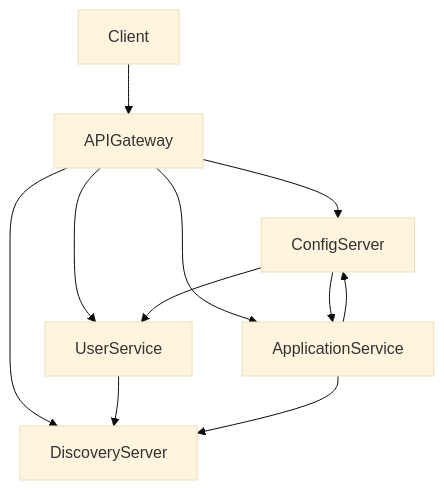
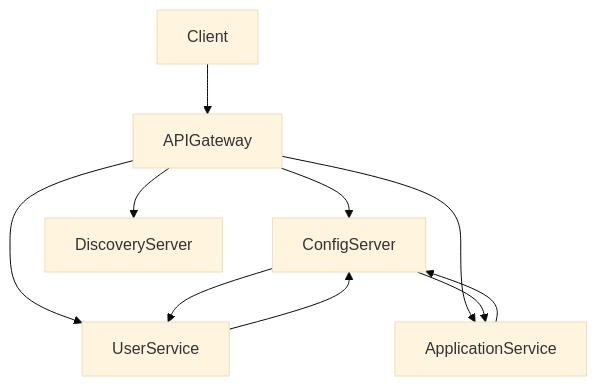
One commit to mohanad-abdalwahab/job-application-system changed the diagram in README.md. Above: the diagram before and after it, drawn with Mermaid (base theme).

````diff
--- a/README.md
+++ b/README.md
@@ -21,15 +21,14 @@
 ```mermaid
 graph TD;
     Client --> APIGateway
     APIGateway --> ConfigServer
     APIGateway --> UserService
     APIGateway --> ApplicationService
-    APIGateway --> DiscoveryServer
-    UserService --> DiscoveryServer
-    ApplicationService --> DiscoveryServer
+    APIGateway --> DiscoveryServer  
     ConfigServer --> UserService
+    UserService --> ConfigServer
     ConfigServer --> ApplicationService
     ApplicationService --> ConfigServer
 
 
 ```
````
